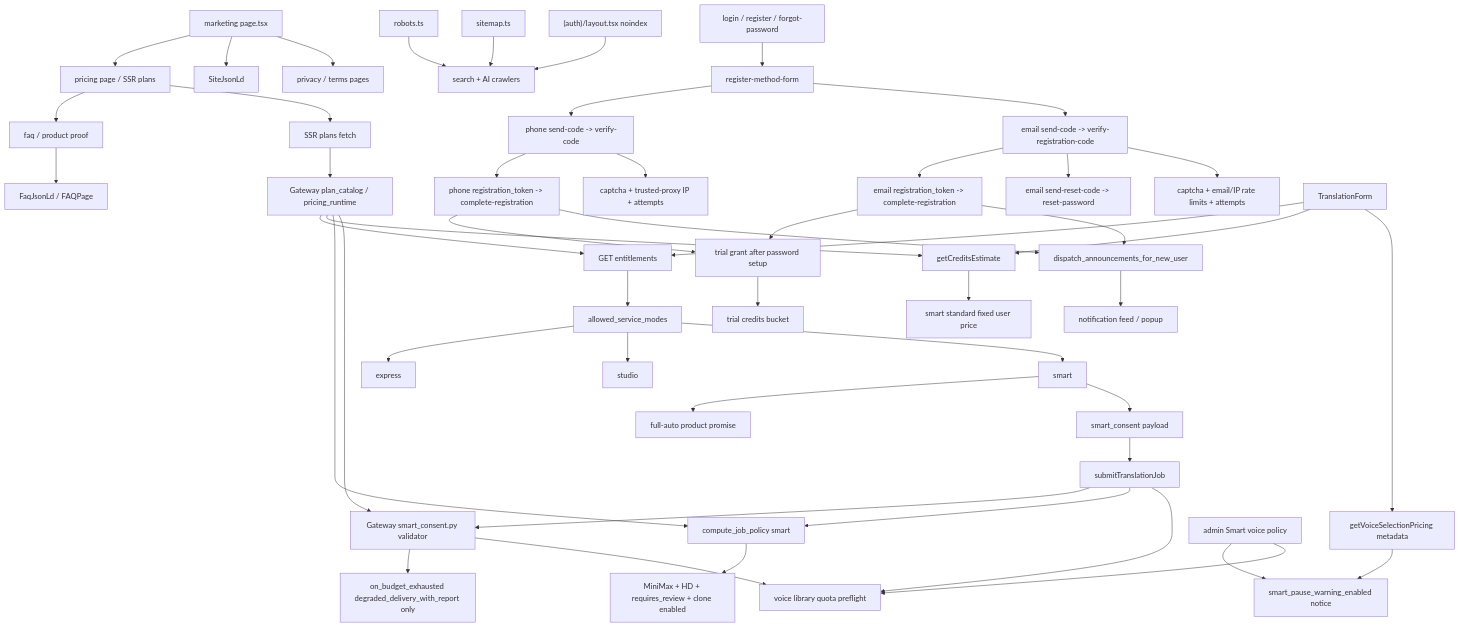
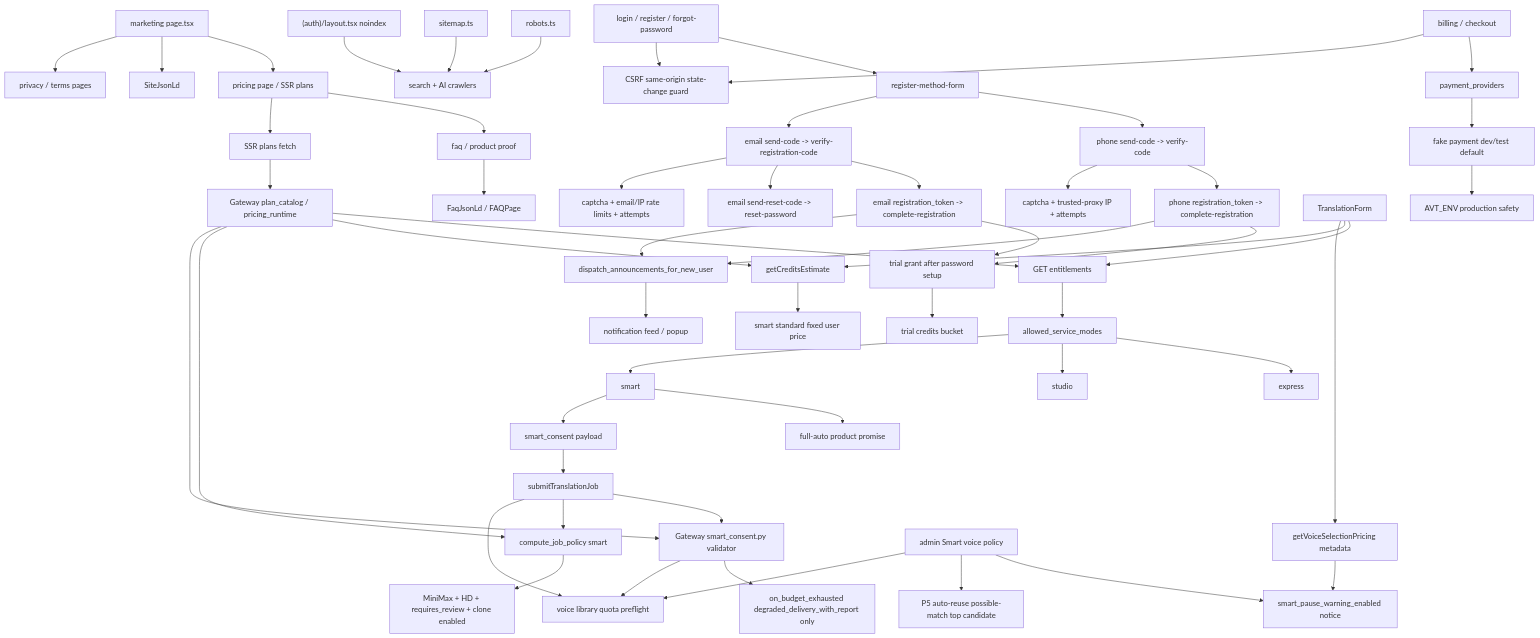
The diagram in docs/graphs/GITNEXUS_COMMERCIALIZATION_GRAPH.md (sun9bear/AITransVideo), drawn with Mermaid before and after one commit. The commit also changed other lines of this file and 12 other files, not shown here.

Commit message:
docs(graphs): refresh GitNexus maps for May 24

````diff
--- a/docs/graphs/GITNEXUS_COMMERCIALIZATION_GRAPH.md
+++ b/docs/graphs/GITNEXUS_COMMERCIALIZATION_GRAPH.md
@@ -24,60 +26,67 @@
 ```mermaid
 graph TD
     Home["marketing page.tsx"] --> Pricing["pricing page / SSR plans"]
     Pricing --> FAQ["faq / product proof"]
     FAQ --> FaqLd["FaqJsonLd / FAQPage"]
     Home --> SiteLd["SiteJsonLd"]
     Home --> Legal["privacy / terms pages"]
 
     Robots["robots.ts"] --> Crawlers["search + AI crawlers"]
     Sitemap["sitemap.ts"] --> Crawlers
     AuthNoindex["(auth)/layout.tsx noindex"] --> Crawlers
 
     Pricing --> PlansSSR["SSR plans fetch"]
     PlansSSR --> GatewayPlans["Gateway plan_catalog / pricing_runtime"]
 
     AuthPages["login / register / forgot-password"] --> Method["register-method-form"]
     Method --> PhoneFlow["phone send-code -> verify-code"]
     Method --> EmailFlow["email send-code -> verify-registration-code"]
+    AuthPages --> CSRF["CSRF same-origin state-change guard"]
 
     PhoneFlow --> PhoneComplete["phone registration_token -> complete-registration"]
     EmailFlow --> EmailComplete["email registration_token -> complete-registration"]
     EmailFlow --> EmailReset["email send-reset-code -> reset-password"]
 
     PhoneComplete --> TrialGrant["trial grant after password setup"]
     EmailComplete --> TrialGrant
     TrialGrant --> Credits["trial credits bucket"]
 
     PhoneFlow --> Risk["captcha + trusted-proxy IP + attempts"]
     EmailFlow --> EmailRisk["captcha + email/IP rate limits + attempts"]
 
     Workspace["TranslationForm"] --> Entitlements["GET entitlements"]
     Entitlements --> AllowedModes["allowed_service_modes"]
     AllowedModes --> Express["express"]
     AllowedModes --> Studio["studio"]
     AllowedModes --> Smart["smart"]
     Workspace --> Estimate["getCreditsEstimate"]
     Estimate --> SmartPrice["smart standard fixed user price"]
     Workspace --> SmartPricingMeta["getVoiceSelectionPricing metadata"]
     SmartPricingMeta --> WeakMatchWarning["smart_pause_warning_enabled notice"]
     Smart --> FullAuto["full-auto product promise"]
     Smart --> Consent["smart_consent payload"]
     Consent --> Submit["submitTranslationJob"]
     Submit --> ConsentValidator["Gateway smart_consent.py validator"]
     Submit --> Policy["compute_job_policy smart"]
     Submit --> VoiceQuotaPreflight["voice library quota preflight"]
     ConsentValidator --> BudgetPolicy["on_budget_exhausted degraded_delivery_with_report only"]
     Policy --> SmartLocked["MiniMax + HD + requires_review + clone enabled"]
     AdminVoicePolicy["admin Smart voice policy"] --> WeakMatchWarning
+    AdminVoicePolicy --> PossibleAutoReuse["P5 auto-reuse possible-match top candidate"]
     AdminVoicePolicy --> VoiceQuotaPreflight
     ConsentValidator --> VoiceQuotaPreflight
+
+    Billing["billing / checkout"] --> PaymentProviders["payment_providers"]
+    PaymentProviders --> FakeGate["fake payment dev/test default"]
+    FakeGate --> ProdSafety["AVT_ENV production safety"]
+    Billing --> CSRF
 
     GatewayPlans --> Entitlements
     GatewayPlans --> Estimate
     GatewayPlans --> Policy
     GatewayPlans --> ConsentValidator
 
     PhoneComplete --> NewUserAnn["dispatch_announcements_for_new_user"]
     EmailComplete --> NewUserAnn
     NewUserAnn --> UserNotif["notification feed / popup"]
 ```
````
